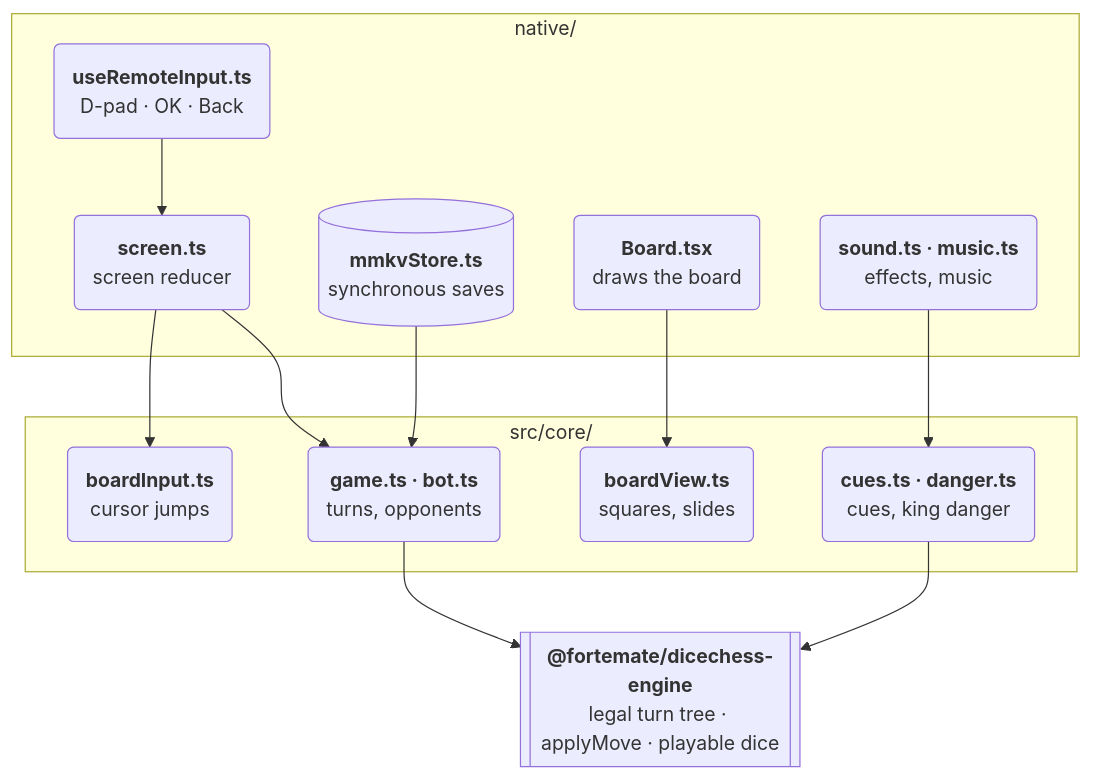
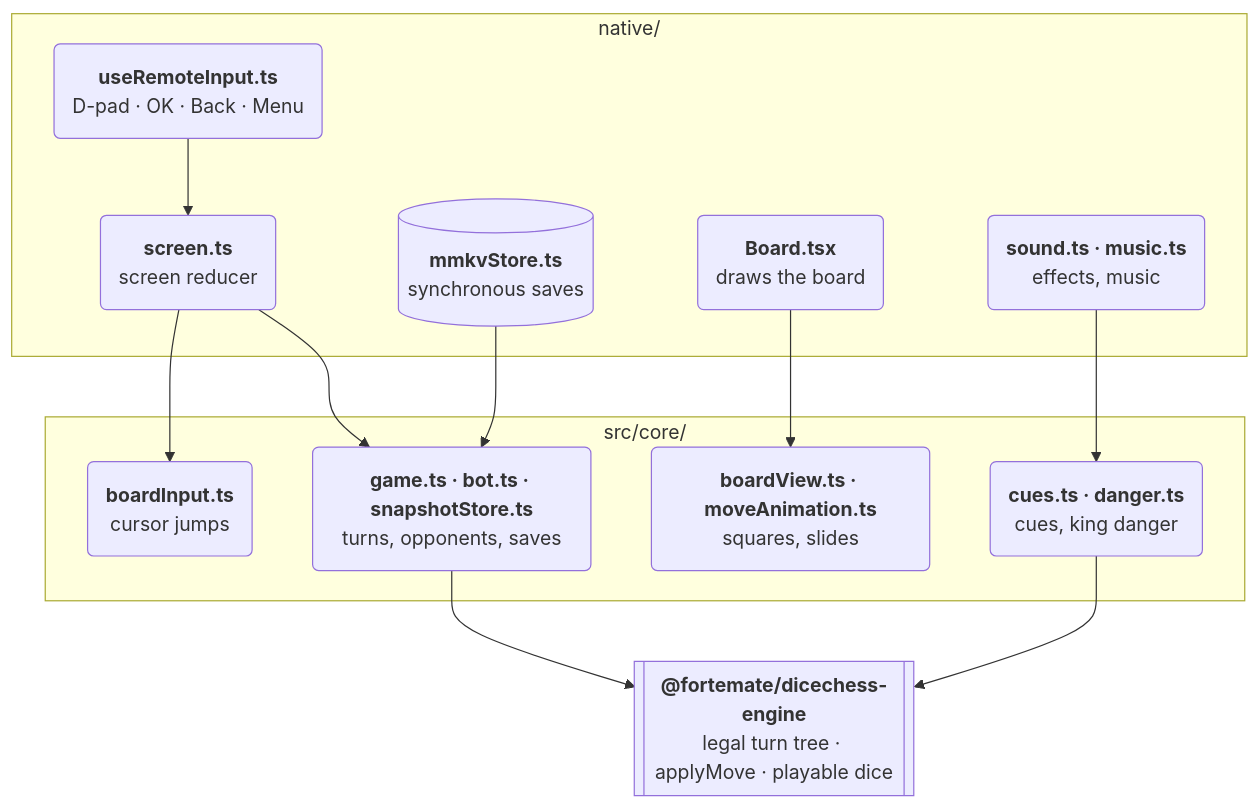
Before and after one commit to fortemate/dicechess-tv: the diagram in site/src/content/docs/technology/architecture.md, drawn with Mermaid. The commit also changed other lines of this file and 6 other files, not shown here.

````diff
--- a/site/src/content/docs/technology/architecture.md
+++ b/site/src/content/docs/technology/architecture.md
@@ -10,28 +10,28 @@
 ```mermaid
 flowchart TB
   subgraph shell ["native/"]
-    input("<b>useRemoteInput.ts</b><br/>D-pad · OK · Back")
+    input("<b>useRemoteInput.ts</b><br/>D-pad · OK · Back · Menu")
     screen("<b>screen.ts</b><br/>screen reducer")
     store[("<b>mmkvStore.ts</b><br/>synchronous saves")]
     board("<b>Board.tsx</b><br/>draws the board")
     audio("<b>sound.ts · music.ts</b><br/>effects, music")
   end
 
   subgraph core ["src/core/"]
     nav("<b>boardInput.ts</b><br/>cursor jumps")
-    game("<b>game.ts · bot.ts</b><br/>turns, opponents")
-    view("<b>boardView.ts</b><br/>squares, slides")
+    game("<b>game.ts · bot.ts · snapshotStore.ts</b><br/>turns, opponents, saves")
+    view("<b>boardView.ts · moveAnimation.ts</b><br/>squares, slides")
     cues("<b>cues.ts · danger.ts</b><br/>cues, king danger")
   end
 
   engine[["<b>@fortemate/dicechess-engine</b><br/>legal turn tree · applyMove · playable dice"]]
 
   input --> screen
   screen --> nav & game
   store --> game
   board --> view
   audio --> cues
   game & cues --> engine
 
   class core accent
 ```
````
